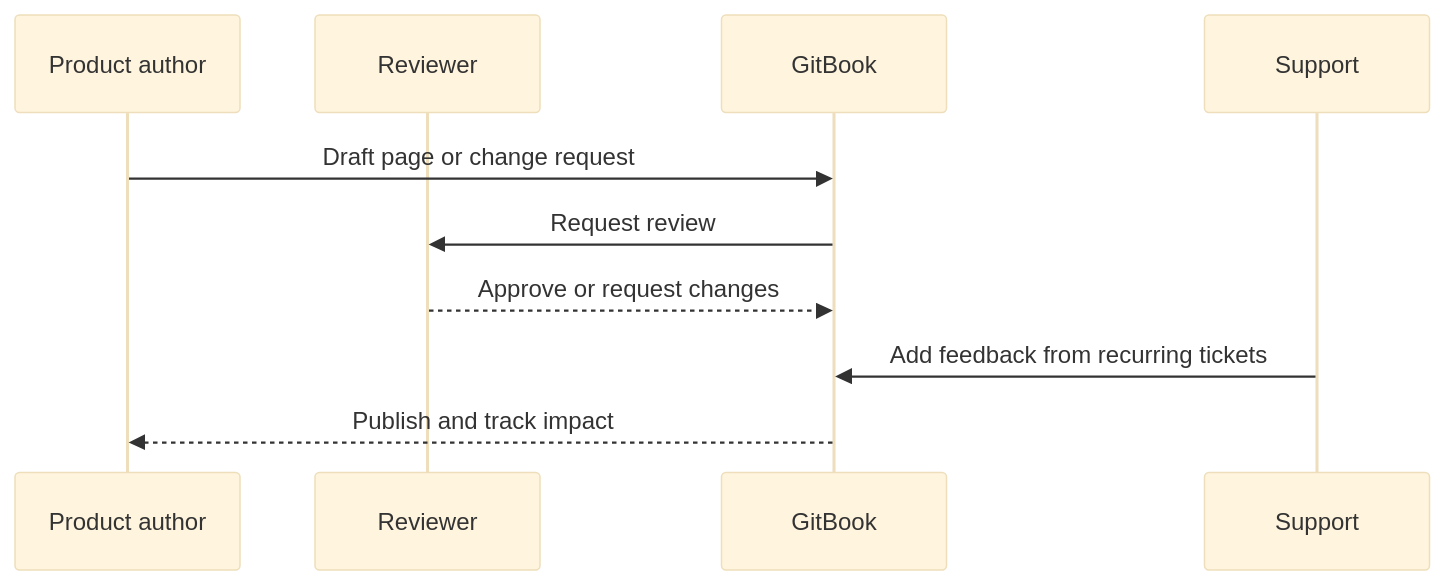
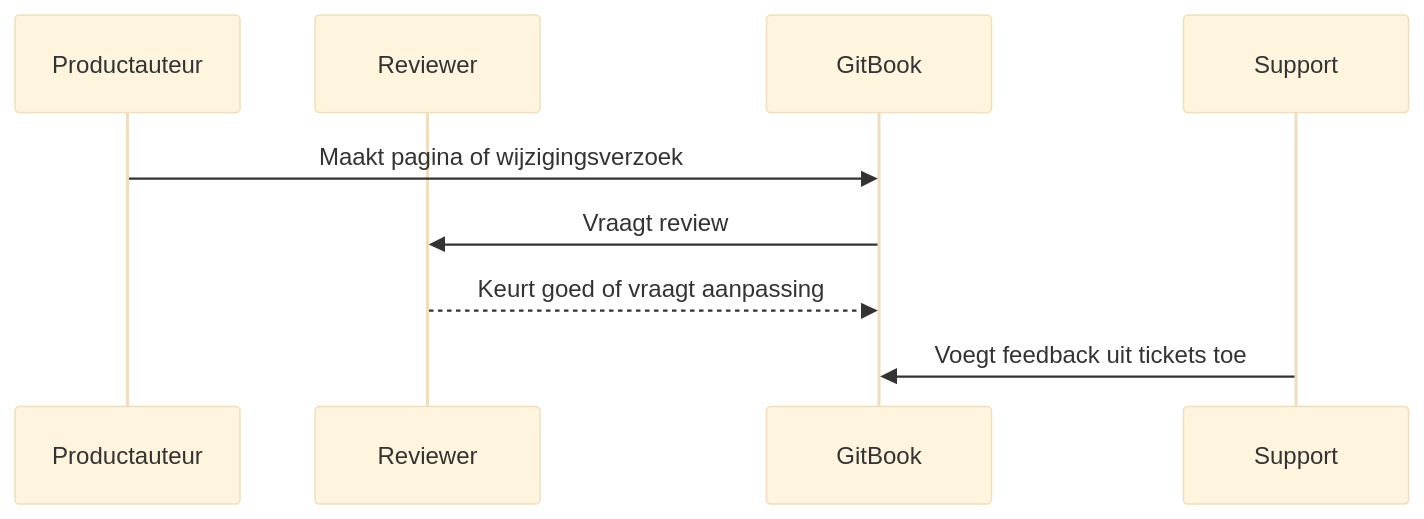
One commit to gitbook-demo-sites/aiden-demo-site-20260625 changed the diagram in platform-operations/access/documentation-operating-model.md. Above: the diagram before and after it, drawn with Mermaid (base theme). The commit also changed other lines of this file and 32 other files, not shown here.

````diff
--- a/platform-operations/access/documentation-operating-model.md
+++ b/platform-operations/access/documentation-operating-model.md
@@ -19,12 +17,11 @@
 ```mermaid
 sequenceDiagram
-    participant Author as Product author
+    participant Author as Productauteur
     participant Reviewer as Reviewer
     participant GitBook as GitBook
     participant Support as Support
-    Author->>GitBook: Draft page or change request
-    GitBook->>Reviewer: Request review
-    Reviewer-->>GitBook: Approve or request changes
-    Support->>GitBook: Add feedback from recurring tickets
-    GitBook-->>Author: Publish and track impact
+    Author->>GitBook: Maakt pagina of wijzigingsverzoek
+    GitBook->>Reviewer: Vraagt review
+    Reviewer-->>GitBook: Keurt goed of vraagt aanpassing
+    Support->>GitBook: Voegt feedback uit tickets toe
 ```
````
